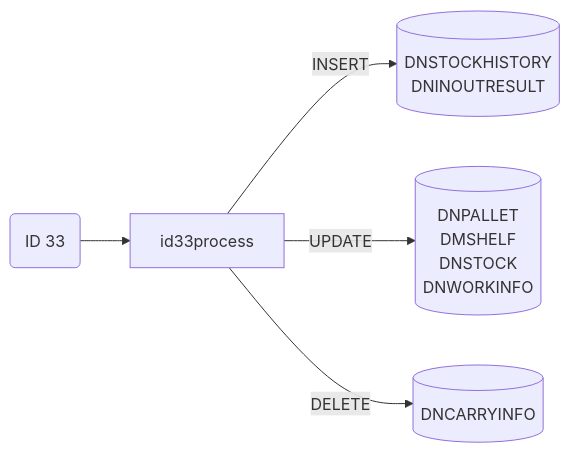
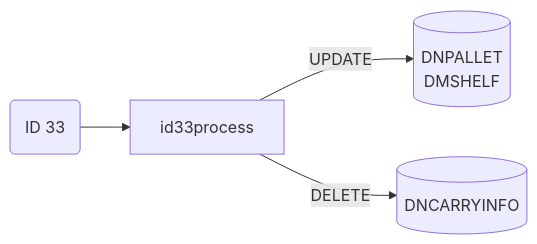
One commit to luthfiadityaa/SimeDarby-Wiki changed the tenth of 10 diagrams in Basic-Design/DFD-WMS/Storage/Empty-Pallet-Storage-to-Ambient-Area.md. Above: the diagram before and after it, drawn with Mermaid. The commit also changed other lines of this file, not shown here.

```diff
--- a/Basic-Design/DFD-WMS/Storage/Empty-Pallet-Storage-to-Ambient-Area.md
+++ b/Basic-Design/DFD-WMS/Storage/Empty-Pallet-Storage-to-Ambient-Area.md
@@ -642,26 +793,19 @@
 ::: mermaid
 flowchart LR
 
 id33("
 ID 33
 ")
 
-id33-insert[("
-DNSTOCKHISTORY
-DNINOUTRESULT
-")]
 id33-update[("
 DNPALLET
 DMSHELF
-DNSTOCK
-DNWORKINFO
 ")]
 id33-delete[("
 DNCARRYINFO
 ")]
 
 id33-->id33process
-id33process--> |INSERT| id33-insert
 id33process--> |UPDATE| id33-update
 id33process--> |DELETE| id33-delete
 :::
```
